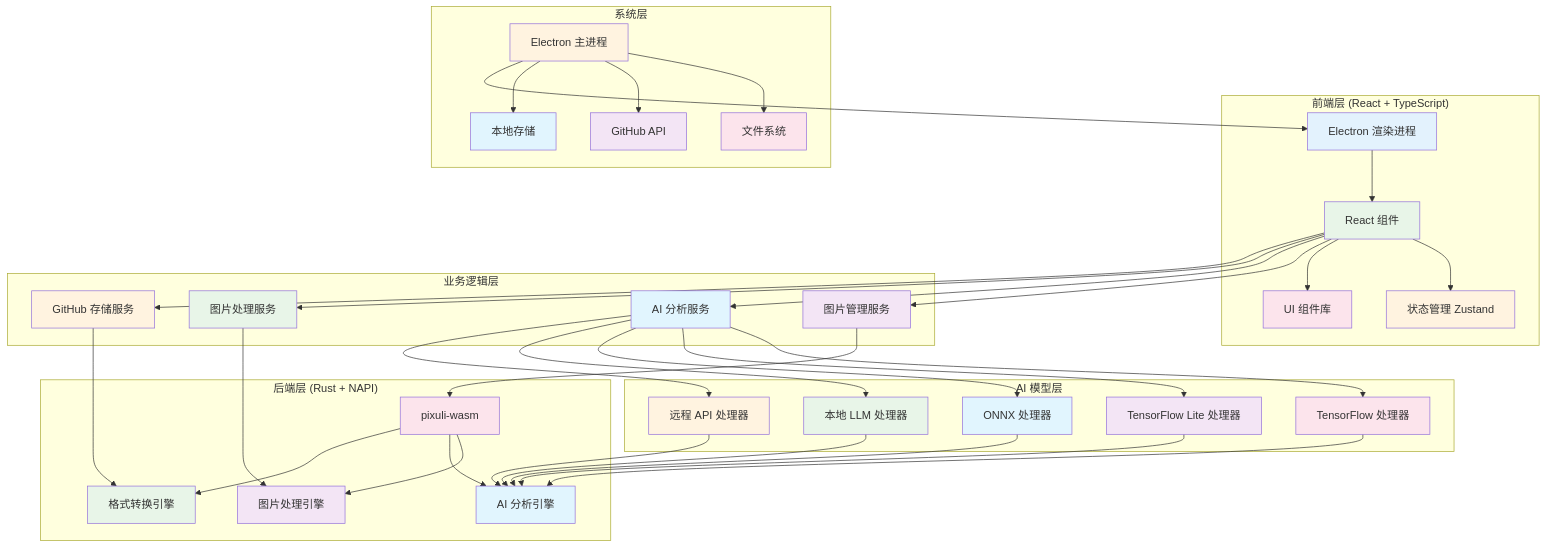
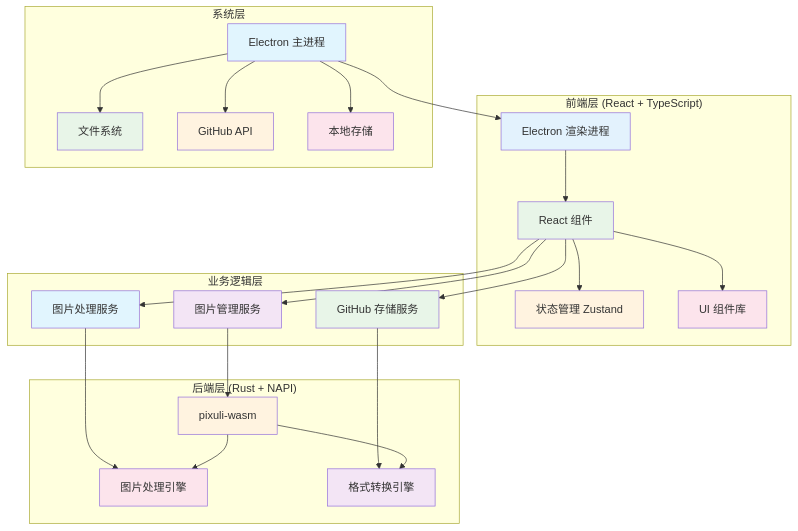
The second of 2 diagrams in README.md (trueLoving/Pixuli), drawn with Mermaid before and after one commit. The commit also changed other lines of this file and 59 other files, not shown here.

````diff
--- a/README.md
+++ b/README.md
@@ -83,31 +77,21 @@
     
     subgraph "业务逻辑层"
         E[图片管理服务]
-        F[AI 分析服务]
-        G[图片处理服务]
-        H[GitHub 存储服务]
-    end
-    
-    subgraph "AI 模型层"
-        I[TensorFlow 处理器]
-        J[TensorFlow Lite 处理器]
-        K[ONNX 处理器]
-        L[本地 LLM 处理器]
-        M[远程 API 处理器]
+        F[图片处理服务]
+        G[GitHub 存储服务]
     end
     
     subgraph "后端层 (Rust + NAPI)"
-        N[pixuli-wasm]
-        O[图片处理引擎]
-        P[AI 分析引擎]
-        Q[格式转换引擎]
+        H[pixuli-wasm]
+        I[图片处理引擎]
+        J[格式转换引擎]
     end
     
     subgraph "系统层"
-        R[Electron 主进程]
-        S[文件系统]
-        T[GitHub API]
-        U[本地存储]
+        K[Electron 主进程]
+        L[文件系统]
+        M[GitHub API]
+        N[本地存储]
     end
     
     A --> B
@@ -116,31 +100,18 @@
     B --> E
     B --> F
     B --> G
-    B --> H
     
-    E --> N
+    E --> H
     F --> I
-    F --> J
-    F --> K
-    F --> L
-    F --> M
-    G --> O
-    H --> Q
+    G --> J
     
-    I --> P
-    J --> P
-    K --> P
-    L --> P
-    M --> P
+    H --> I
+    H --> J
     
-    N --> O
-    N --> P
-    N --> Q
-    
-    R --> S
-    R --> T
-    R --> U
-    R --> A
+    K --> L
+    K --> M
+    K --> N
+    K --> A
     
     style A fill:#e3f2fd
     style B fill:#e8f5e8
@@ -156,11 +127,4 @@
     style L fill:#e8f5e8
     style M fill:#fff3e0
     style N fill:#fce4ec
-    style O fill:#f3e5f5
-    style P fill:#e1f5fe
-    style Q fill:#e8f5e8
-    style R fill:#fff3e0
-    style S fill:#fce4ec
-    style T fill:#f3e5f5
-    style U fill:#e1f5fe
 ```
````
